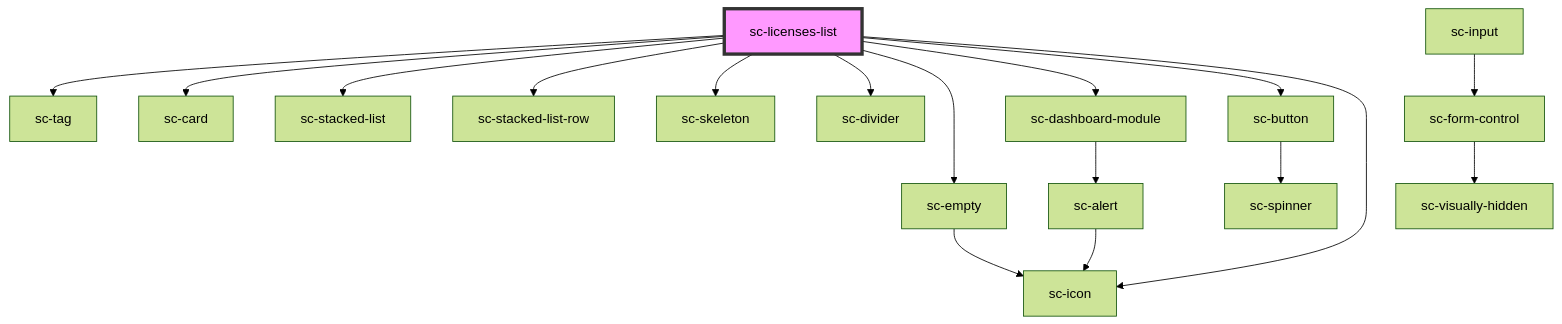
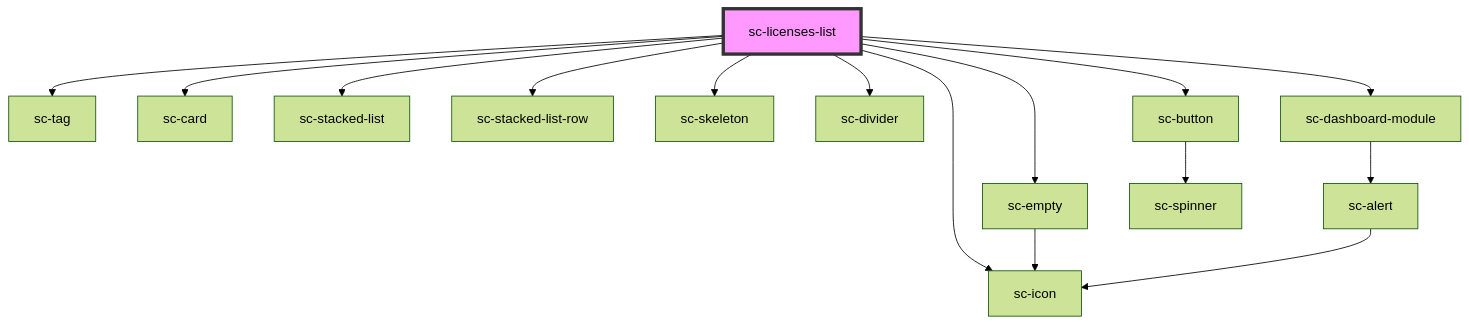
One commit to surecart/surecart-wp-plugin changed the diagram in packages/components/src/components/controllers/dashboard/sc-licenses-list/readme.md. Above: the diagram before and after it, drawn with Mermaid (forest theme). The commit also changed other lines of this file and 17 other files, not shown here.

````diff
--- a/packages/components/src/components/controllers/dashboard/sc-licenses-list/readme.md
+++ b/packages/components/src/components/controllers/dashboard/sc-licenses-list/readme.md
@@ -41,20 +42,18 @@
 ```mermaid
 graph TD;
   sc-licenses-list --> sc-tag
   sc-licenses-list --> sc-card
   sc-licenses-list --> sc-stacked-list
   sc-licenses-list --> sc-stacked-list-row
   sc-licenses-list --> sc-skeleton
   sc-licenses-list --> sc-divider
   sc-licenses-list --> sc-empty
+  sc-licenses-list --> sc-icon
   sc-licenses-list --> sc-dashboard-module
   sc-licenses-list --> sc-button
-  sc-licenses-list --> sc-icon
   sc-empty --> sc-icon
   sc-dashboard-module --> sc-alert
   sc-alert --> sc-icon
-  sc-input --> sc-form-control
-  sc-form-control --> sc-visually-hidden
   sc-button --> sc-spinner
   style sc-licenses-list fill:#f9f,stroke:#333,stroke-width:4px
 ```
````
